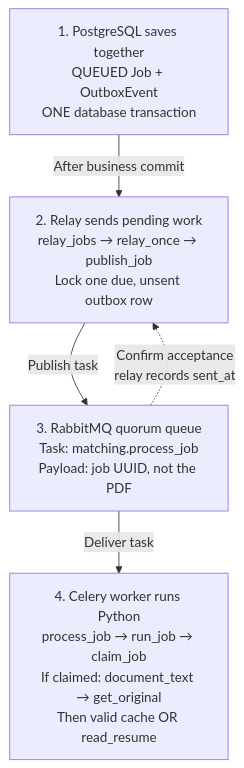
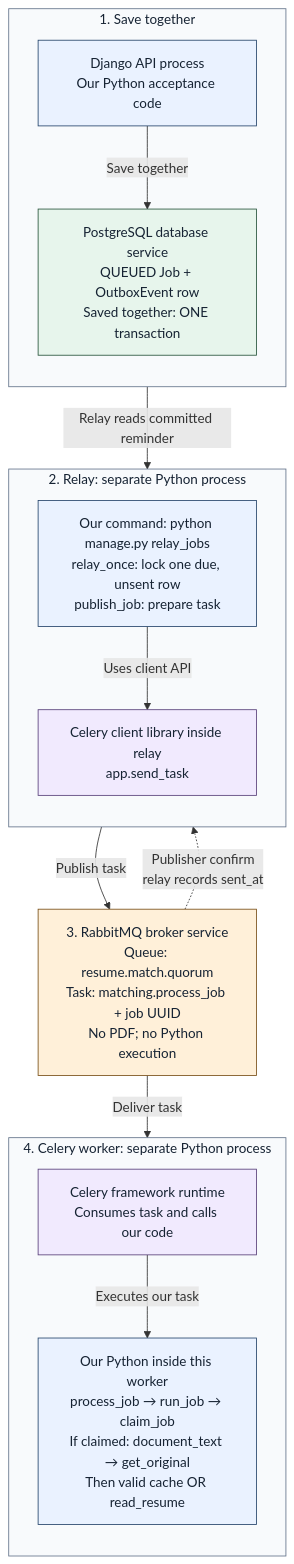
Before and after one commit to junrillg/system-design-patterns: the diagram in docs/transactional-outbox/README.md, drawn with Mermaid. The commit also changed other lines of this file and 4 other files, not shown here.

Commit message:
docs: distinguish processes code and broker roles with color

````diff
--- a/docs/transactional-outbox/README.md
+++ b/docs/transactional-outbox/README.md
@@ -41,11 +58,37 @@
 ```mermaid
 flowchart TD
-    DB["1. PostgreSQL saves together<br/>QUEUED Job + OutboxEvent<br/>ONE database transaction"]
-    R["2. Relay sends pending work<br/>relay_jobs → relay_once → publish_job<br/>Lock one due, unsent outbox row"]
-    Q["3. RabbitMQ quorum queue<br/>Task: matching.process_job<br/>Payload: job UUID, not the PDF"]
-    W["4. Celery worker runs Python<br/>process_job → run_job → claim_job<br/>If claimed: document_text → get_original<br/>Then valid cache OR read_resume"]
-    DB -->|"After business commit"| R
-    R -->|"Publish task"| Q
-    Q -.->|"Confirm acceptance<br/>relay records sent_at"| R
-    Q -->|"Deliver task"| W
+    subgraph S1["1. Save together"]
+        direction TB
+        A["Django API process<br/>Our Python acceptance code"]
+        DB["PostgreSQL database service<br/>QUEUED Job + OutboxEvent row<br/>Saved together: ONE transaction"]
+        A -->|"Save together"| DB
+    end
+    subgraph S2["2. Relay: separate Python process"]
+        direction TB
+        R["Our command: python manage.py relay_jobs<br/>relay_once: lock one due, unsent row<br/>publish_job: prepare task"]
+        C["Celery client library inside relay<br/>app.send_task"]
+        R -->|"Uses client API"| C
+    end
+    Q["3. RabbitMQ broker service<br/>Queue: resume.match.quorum<br/>Task: matching.process_job + job UUID<br/>No PDF; no Python execution"]
+    subgraph S4["4. Celery worker: separate Python process"]
+        direction TB
+        CW["Celery framework runtime<br/>Consumes task and calls our code"]
+        WC["Our Python inside this worker<br/>process_job → run_job → claim_job<br/>If claimed: document_text → get_original<br/>Then valid cache OR read_resume"]
+        CW -->|"Executes our task"| WC
+    end
+    DB -->|"Relay reads committed reminder"| R
+    C -->|"Publish task"| Q
+    Q -.->|"Publisher confirm<br/>relay records sent_at"| R
+    Q -->|"Deliver task"| CW
+    classDef our fill:#EAF2FF,stroke:#26456B,color:#162333
+    classDef data fill:#E7F5EC,stroke:#28553C,color:#162333
+    classDef broker fill:#FFF0D9,stroke:#795019,color:#162333
+    classDef celery fill:#F1EAFE,stroke:#59417A,color:#162333
+    class A,R,WC our
+    class DB data
+    class Q broker
+    class C,CW celery
+    style S1 fill:#F8FAFC,stroke:#64748B,color:#162333
+    style S2 fill:#F8FAFC,stroke:#64748B,color:#162333
+    style S4 fill:#F8FAFC,stroke:#64748B,color:#162333
 ```
````
